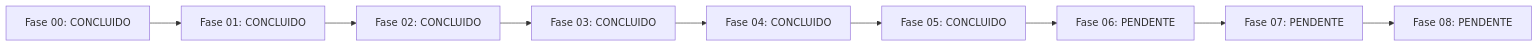
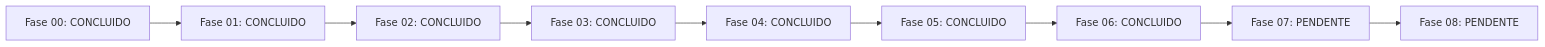
One commit to jhsfhtls/dbt-dataops-governance-engine changed the diagram in JORNADA_IMPLEMENTACAO.md. Above: the diagram before and after it, drawn with Mermaid. The commit also changed other lines of this file and 9 other files, not shown here.

````diff
--- a/JORNADA_IMPLEMENTACAO.md
+++ b/JORNADA_IMPLEMENTACAO.md
@@ -24,20 +24,20 @@
 ```mermaid
 flowchart LR
     P00["Fase 00: CONCLUIDO"]
     P01["Fase 01: CONCLUIDO"]
     P02["Fase 02: CONCLUIDO"]
     P03["Fase 03: CONCLUIDO"]
     P04["Fase 04: CONCLUIDO"]
     P05["Fase 05: CONCLUIDO"]
-    P06["Fase 06: PENDENTE"]
+    P06["Fase 06: CONCLUIDO"]
     P07["Fase 07: PENDENTE"]
     P08["Fase 08: PENDENTE"]
     P00 --> P01
     P01 --> P02
     P02 --> P03
     P03 --> P04
     P04 --> P05
     P05 --> P06
     P06 --> P07
     P07 --> P08
 ```
````
